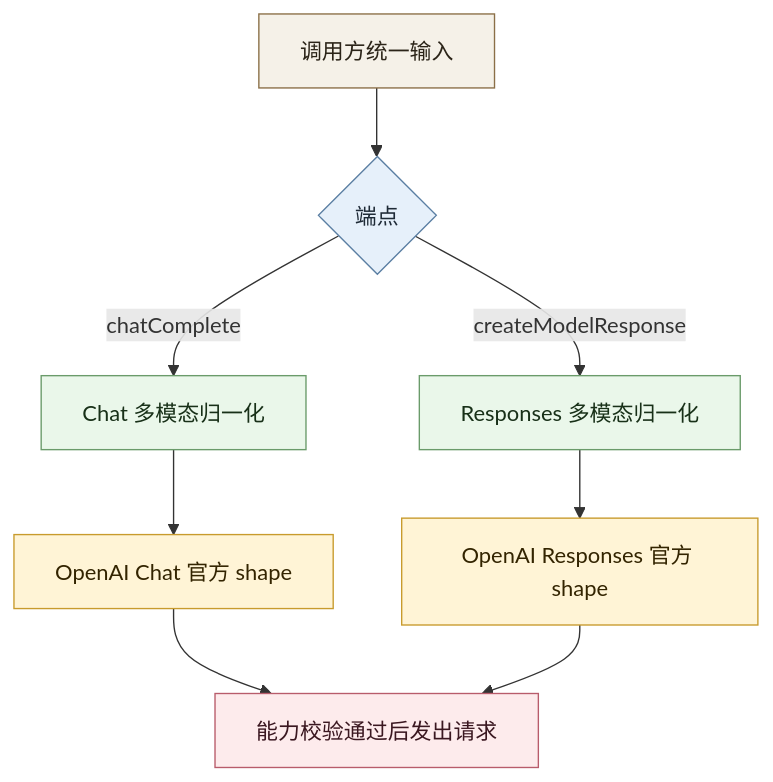
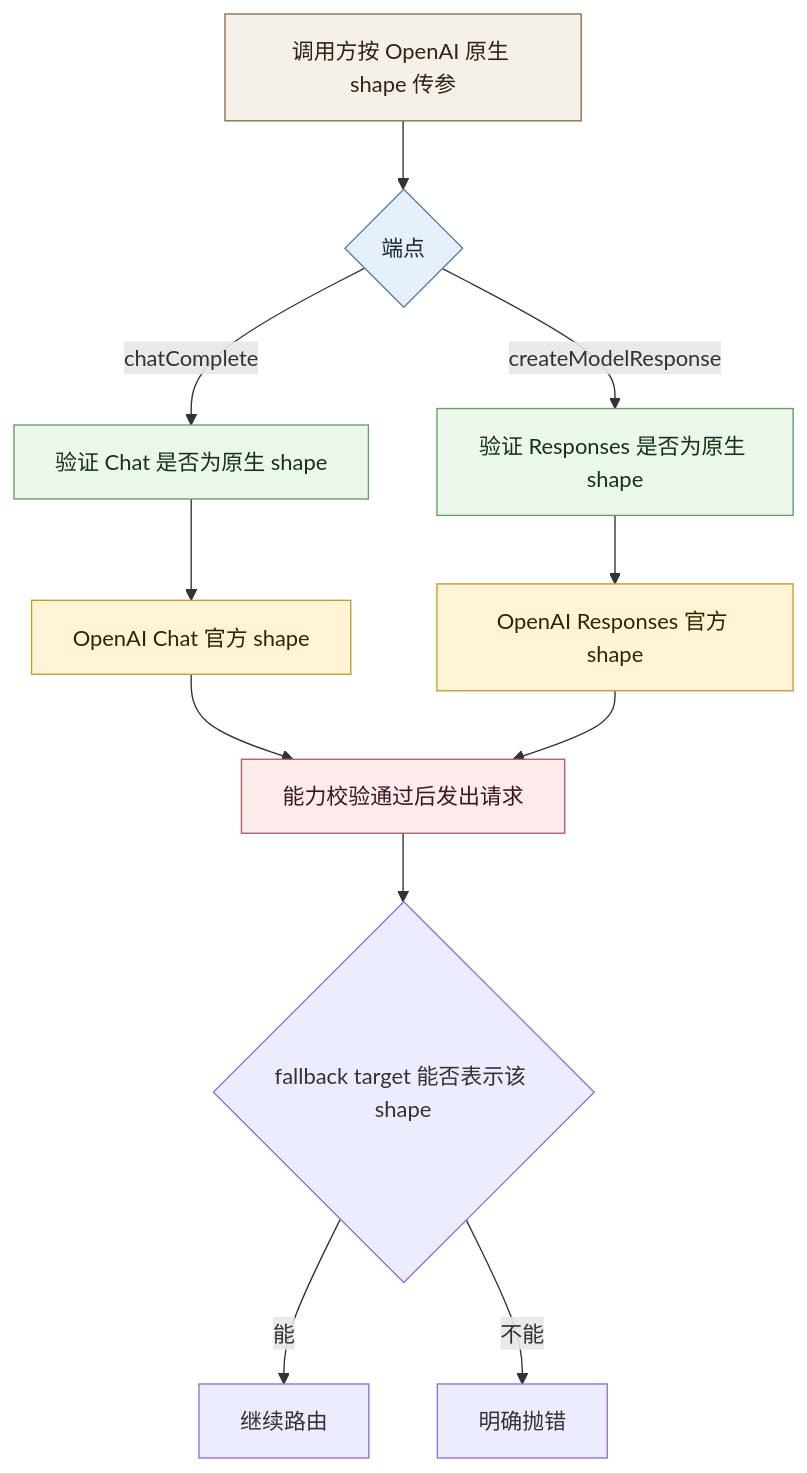
The diagram in docs/plan/OPENAI_VISION_COMPLETION_PLAN.md (xandersbell/chainr), drawn with Mermaid before and after one commit. The commit also changed other lines of this file, not shown here.

Commit message:
Refine OpenAI vision plan scope

````diff
--- a/docs/plan/OPENAI_VISION_COMPLETION_PLAN.md
+++ b/docs/plan/OPENAI_VISION_COMPLETION_PLAN.md
@@ -136,18 +153,21 @@
 ```mermaid
 flowchart TD
-    A[调用方统一输入] --> B{端点}
-    B -->|chatComplete| C[Chat 多模态归一化]
-    B -->|createModelResponse| D[Responses 多模态归一化]
+    A[调用方按 OpenAI 原生 shape 传参] --> B{端点}
+    B -->|chatComplete| C[验证 Chat 是否为原生 shape]
+    B -->|createModelResponse| D[验证 Responses 是否为原生 shape]
     C --> E[OpenAI Chat 官方 shape]
     D --> F[OpenAI Responses 官方 shape]
     E --> G[能力校验通过后发出请求]
     F --> G
+    G --> H{fallback target 能否表示该 shape}
+    H -->|能| I[继续路由]
+    H -->|不能| J[明确抛错]
 
     style A fill:#F5F1E8,stroke:#8B6F47,color:#2B2418
     style B fill:#E6F0FA,stroke:#5B7FA3,color:#1E2A36
     style C fill:#EAF7EA,stroke:#6A9B6A,color:#183018
     style D fill:#EAF7EA,stroke:#6A9B6A,color:#183018
     style E fill:#FFF4D6,stroke:#C89B2D,color:#332400
     style F fill:#FFF4D6,stroke:#C89B2D,color:#332400
     style G fill:#FDEBEC,stroke:#B85C6B,color:#3A1720
 ```
````
